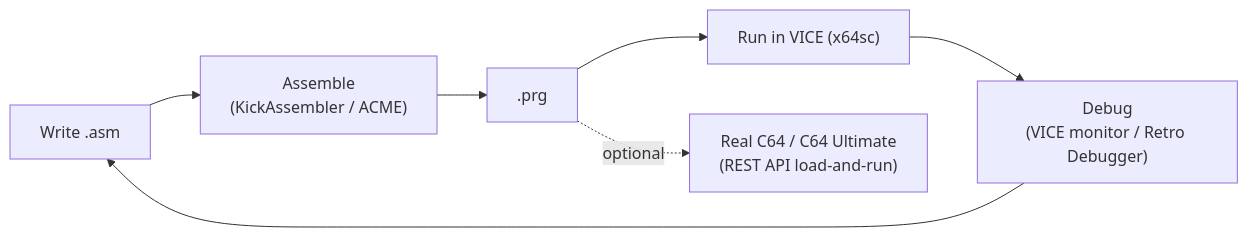
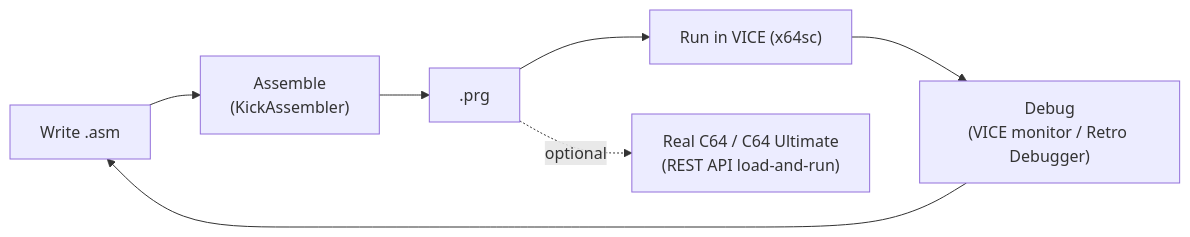
Before and after one commit to rhmoller/commodore64: the first of 2 diagrams in docs/00-getting-started.md, drawn with Mermaid. The commit also changed other lines of this file and 31 other files, not shown here.

````diff
--- a/docs/00-getting-started.md
+++ b/docs/00-getting-started.md
@@ -10,9 +10,9 @@
 ```mermaid
 flowchart LR
-    W["Write .asm"] --> A["Assemble<br/>(KickAssembler / ACME)"]
+    W["Write .asm"] --> A["Assemble<br/>(KickAssembler)"]
     A --> P[".prg"]
     P --> E["Run in VICE (x64sc)"]
     E --> D["Debug<br/>(VICE monitor / Retro Debugger)"]
     D --> W
     P -.optional.-> HW["Real C64 / C64 Ultimate<br/>(REST API load-and-run)"]
 ```
````
